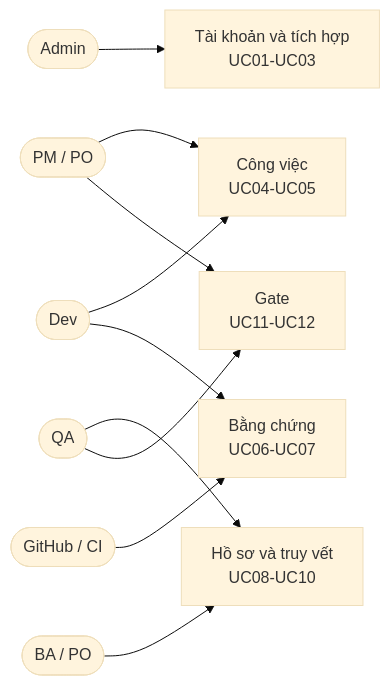
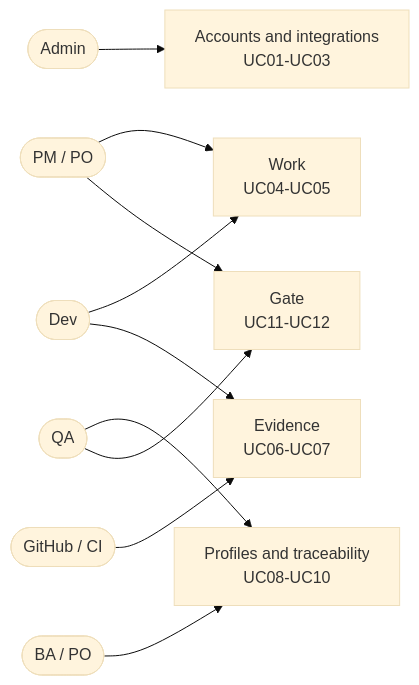
One commit to tungld9999blacksmith/Strata changed the fourth of 21 diagrams in README.md. Above: the diagram before and after it, drawn with Mermaid (base theme). The commit also changed other lines of this file and 13 other files, not shown here.

````diff
--- a/README.md
+++ b/README.md
@@ -322,12 +322,12 @@
 ```mermaid
 flowchart LR
-    ADM(["Admin"]) --> G1["Tài khoản và tích hợp<br/>UC01-UC03"]
-    PM(["PM / PO"]) --> G2["Công việc<br/>UC04-UC05"]
+    ADM(["Admin"]) --> G1["Accounts and integrations<br/>UC01-UC03"]
+    PM(["PM / PO"]) --> G2["Work<br/>UC04-UC05"]
     DEV(["Dev"]) --> G2
-    DEV --> G3["Bằng chứng<br/>UC06-UC07"]
+    DEV --> G3["Evidence<br/>UC06-UC07"]
     GH(["GitHub / CI"]) --> G3
-    BA(["BA / PO"]) --> G4["Hồ sơ và truy vết<br/>UC08-UC10"]
+    BA(["BA / PO"]) --> G4["Profiles and traceability<br/>UC08-UC10"]
     QA(["QA"]) --> G4
     QA --> G5["Gate<br/>UC11-UC12"]
     PM --> G5
 ```
````
